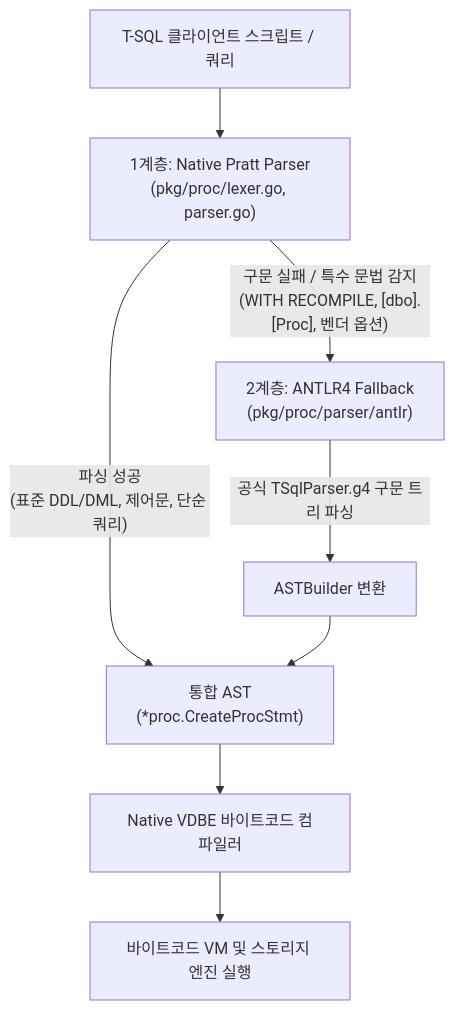
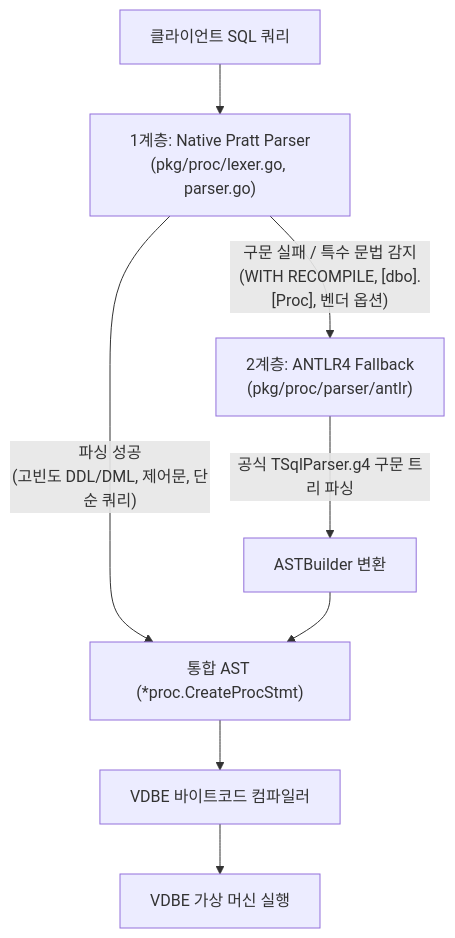
Before and after one commit to MaroShim/LionSQL: the second of 2 diagrams in doc/ARCHITECTURE.ko.md, drawn with Mermaid. The commit also changed other lines of this file, not shown here.

Commit message:
docs: update system architecture specification with latest SSOT and engine invariants

````diff
--- a/doc/ARCHITECTURE.ko.md
+++ b/doc/ARCHITECTURE.ko.md
@@ -118,10 +130,10 @@
 ```mermaid
 flowchart TD
-    A["T-SQL 클라이언트 스크립트 / 쿼리"] --> B["1계층: Native Pratt Parser\n(pkg/proc/lexer.go, parser.go)"]
-    B -- "파싱 성공\n(표준 DDL/DML, 제어문, 단순 쿼리)" --> E["통합 AST\n(*proc.CreateProcStmt)"]
+    A["클라이언트 SQL 쿼리"] --> B["1계층: Native Pratt Parser\n(pkg/proc/lexer.go, parser.go)"]
+    B -- "파싱 성공\n(고빈도 DDL/DML, 제어문, 단순 쿼리)" --> E["통합 AST (*proc.CreateProcStmt)"]
     B -- "구문 실패 / 특수 문법 감지\n(WITH RECOMPILE, [dbo].[Proc], 벤더 옵션)" --> C["2계층: ANTLR4 Fallback\n(pkg/proc/parser/antlr)"]
     C -- "공식 TSqlParser.g4 구문 트리 파싱" --> D["ASTBuilder 변환"]
     D --> E
-    E --> F["Native VDBE 바이트코드 컴파일러"]
-    F --> G["바이트코드 VM 및 스토리지 엔진 실행"]
+    E --> F["VDBE 바이트코드 컴파일러"]
+    F --> G["VDBE 가상 머신 실행"]
 ```
````
